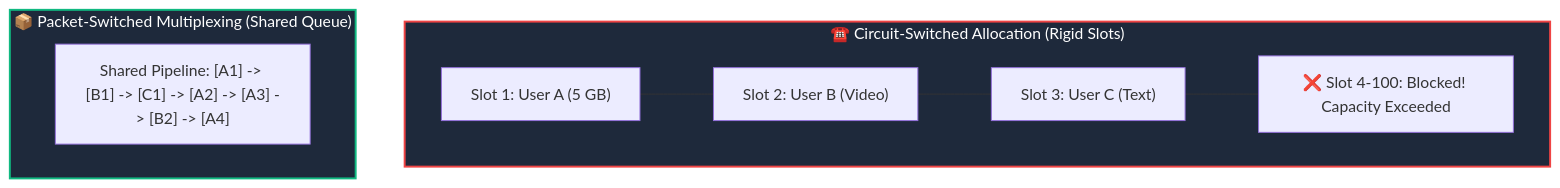
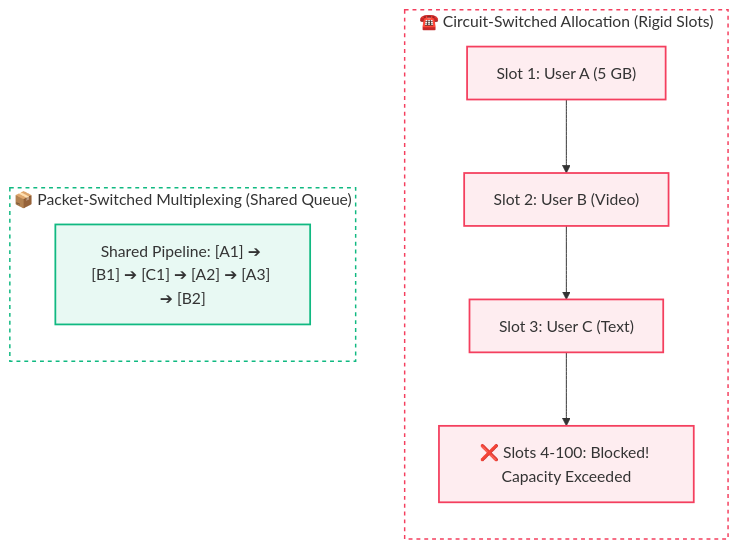
One commit to abhinavbharti2345/CS_Notes changed the fourth of 4 diagrams in Computer Networking/Switching Techniques - Packet vs Circuit.md. Above: the diagram before and after it, drawn with Mermaid. The commit also changed other lines of this file and 47 other files, not shown here.

Commit message:
docs: add computer science study notes and generate graphify visualization output

````diff
--- a/Computer Networking/Switching Techniques - Packet vs Circuit.md
+++ b/Computer Networking/Switching Techniques - Packet vs Circuit.md
@@ -155,13 +165,21 @@
 ```mermaid
 flowchart TD
     subgraph Circuit ["☎️ Circuit-Switched Allocation (Rigid Slots)"]
-        C1["Slot 1: User A (5 GB)"] --- C2["Slot 2: User B (Video)"] --- C3["Slot 3: User C (Text)"] --- C4["❌ Slot 4-100: Blocked! Capacity Exceeded"]
+        direction TD
+        C1["Slot 1: User A (5 GB)"] --> C2["Slot 2: User B (Video)"] --> C3["Slot 3: User C (Text)"] --> C4["❌ Slots 4-100: Blocked! Capacity Exceeded"]
     end
 
     subgraph Packet ["📦 Packet-Switched Multiplexing (Shared Queue)"]
-        P1["Shared Pipeline: [A1] -> [B1] -> [C1] -> [A2] -> [A3] -> [B2] -> [A4]"]
+        direction TD
+        P1["Shared Pipeline: [A1] ➔ [B1] ➔ [C1] ➔ [A2] ➔ [A3] ➔ [B2]"]
     end
 
-    style Circuit fill:#1e293b,stroke:#ef4444,stroke-width:2px,color:#fff
-    style Packet fill:#1e293b,stroke:#10b981,stroke-width:2px,color:#fff
+    style Circuit fill:none,stroke:#f43f5e,stroke-width:1.5px,stroke-dasharray:4 4
+    style Packet fill:none,stroke:#10b981,stroke-width:1.5px,stroke-dasharray:4 4
+
+    classDef dangerNode fill:#f43f5e18,stroke:#f43f5e,stroke-width:1.8px;
+    classDef goodNode fill:#10b98118,stroke:#10b981,stroke-width:1.8px;
+
+    class C1,C2,C3,C4 dangerNode;
+    class P1 goodNode;
 ```
````
